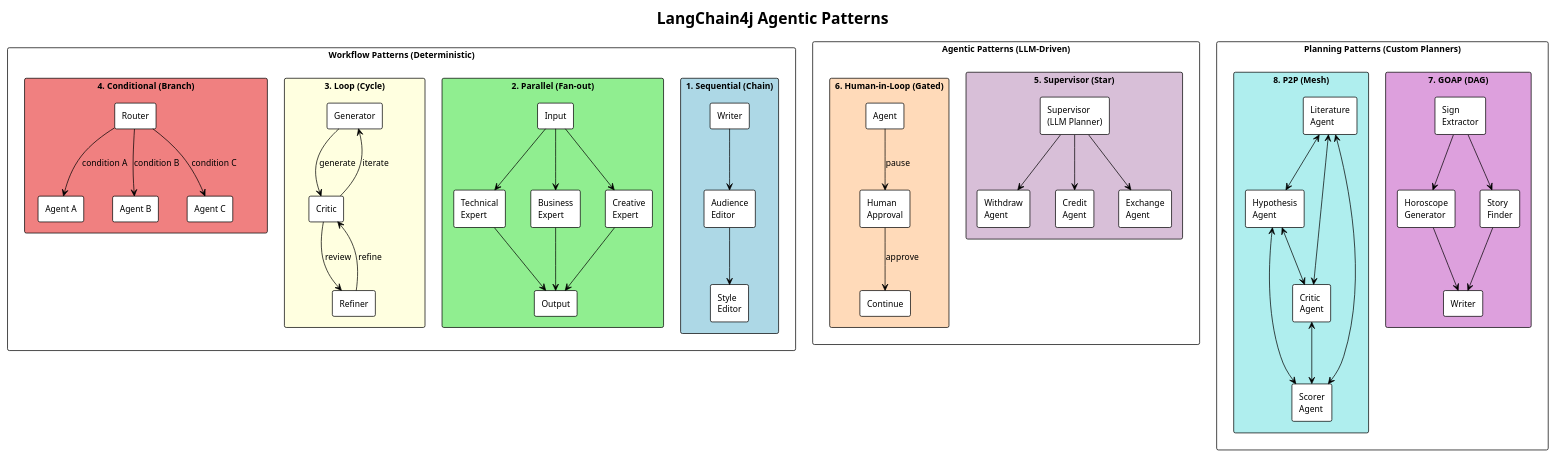
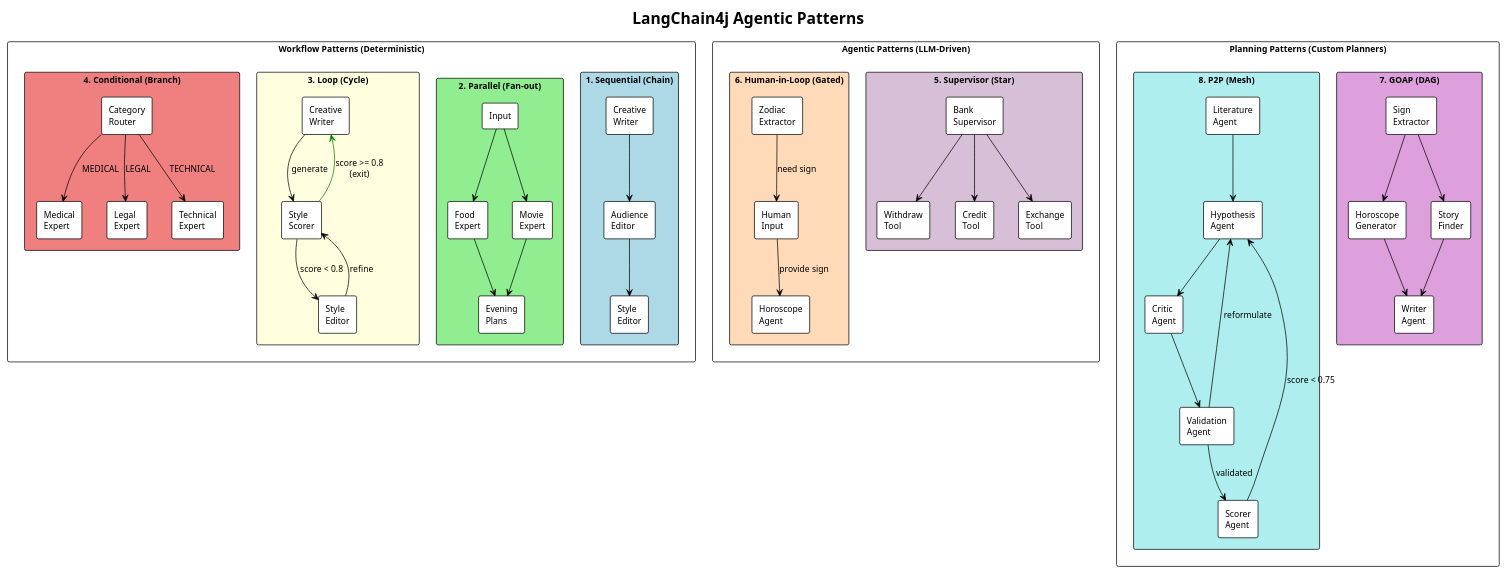
One commit to roryp/matrixagents changed the diagram in docs/patterns.puml. Above: the diagram before and after it, drawn with PlantUML. The commit also changed 5 other files, not shown here.

```diff
--- a/docs/patterns.puml
+++ b/docs/patterns.puml
@@ -1,108 +1,106 @@
 @startuml patterns
 !theme plain
 skinparam backgroundColor #FFFFFF
 skinparam defaultFontSize 12
 skinparam packageStyle rectangle
 
 title LangChain4j Agentic Patterns
 
 ' ==== WORKFLOW PATTERNS ====
 
 package "Workflow Patterns (Deterministic)" {
     
     package "1. Sequential (Chain)" #LightBlue {
-        rectangle "Writer" as seq1
+        rectangle "Creative\nWriter" as seq1
         rectangle "Audience\nEditor" as seq2
         rectangle "Style\nEditor" as seq3
         seq1 --> seq2
         seq2 --> seq3
     }
     
     package "2. Parallel (Fan-out)" #LightGreen {
         rectangle "Input" as par_in
-        rectangle "Technical\nExpert" as par1
-        rectangle "Business\nExpert" as par2
-        rectangle "Creative\nExpert" as par3
-        rectangle "Output" as par_out
+        rectangle "Food\nExpert" as par1
+        rectangle "Movie\nExpert" as par2
+        rectangle "Evening\nPlans" as par_out
         par_in --> par1
         par_in --> par2
-        par_in --> par3
         par1 --> par_out
         par2 --> par_out
-        par3 --> par_out
     }
     
     package "3. Loop (Cycle)" #LightYellow {
-        rectangle "Generator" as loop1
-        rectangle "Critic" as loop2
-        rectangle "Refiner" as loop3
+        rectangle "Creative\nWriter" as loop1
+        rectangle "Style\nScorer" as loop2
+        rectangle "Style\nEditor" as loop3
         loop1 --> loop2 : generate
-        loop2 --> loop3 : review
+        loop2 --> loop3 : score < 0.8
         loop3 --> loop2 : refine
-        loop2 --> loop1 : iterate
+        loop2 -[#green]-> loop1 : score >= 0.8\n(exit)
     }
     
     package "4. Conditional (Branch)" #LightCoral {
-        rectangle "Router" as cond_r
-        rectangle "Agent A" as cond1
-        rectangle "Agent B" as cond2
-        rectangle "Agent C" as cond3
-        cond_r --> cond1 : condition A
-        cond_r --> cond2 : condition B
-        cond_r --> cond3 : condition C
+        rectangle "Category\nRouter" as cond_r
+        rectangle "Medical\nExpert" as cond1
+        rectangle "Legal\nExpert" as cond2
+        rectangle "Technical\nExpert" as cond3
+        cond_r --> cond1 : MEDICAL
+        cond_r --> cond2 : LEGAL
+        cond_r --> cond3 : TECHNICAL
     }
 }
 
 ' ==== AGENTIC PATTERNS ====
 
 package "Agentic Patterns (LLM-Driven)" {
     
     package "5. Supervisor (Star)" #Thistle {
-        rectangle "Supervisor\n(LLM Planner)" as sup
-        rectangle "Withdraw\nAgent" as sup1
-        rectangle "Credit\nAgent" as sup2
-        rectangle "Exchange\nAgent" as sup3
+        rectangle "Bank\nSupervisor" as sup
+        rectangle "Withdraw\nTool" as sup1
+        rectangle "Credit\nTool" as sup2
+        rectangle "Exchange\nTool" as sup3
         sup --> sup1
         sup --> sup2
         sup --> sup3
     }
     
     package "6. Human-in-Loop (Gated)" #PeachPuff {
-        rectangle "Agent" as hil1
-        rectangle "Human\nApproval" as hil_h
-        rectangle "Continue" as hil2
-        hil1 --> hil_h : pause
-        hil_h --> hil2 : approve
+        rectangle "Zodiac\nExtractor" as hil1
+        rectangle "Human\nInput" as hil_h
+        rectangle "Horoscope\nAgent" as hil2
+        hil1 --> hil_h : need sign
+        hil_h --> hil2 : provide sign
     }
 }
 
 ' ==== PLANNING PATTERNS ====
 
 package "Planning Patterns (Custom Planners)" {
     
     package "7. GOAP (DAG)" #Plum {
         rectangle "Sign\nExtractor" as goap1
         rectangle "Horoscope\nGenerator" as goap2
         rectangle "Story\nFinder" as goap3
-        rectangle "Writer" as goap4
+        rectangle "Writer\nAgent" as goap4
         goap1 --> goap2
         goap1 --> goap3
         goap2 --> goap4
         goap3 --> goap4
     }
     
     package "8. P2P (Mesh)" #PaleTurquoise {
         rectangle "Literature\nAgent" as p2p1
         rectangle "Hypothesis\nAgent" as p2p2
         rectangle "Critic\nAgent" as p2p3
-        rectangle "Scorer\nAgent" as p2p4
-        p2p1 <--> p2p2
-        p2p2 <--> p2p3
-        p2p3 <--> p2p4
-        p2p4 <--> p2p1
-        p2p1 <--> p2p3
-        p2p2 <--> p2p4
+        rectangle "Validation\nAgent" as p2p4
+        rectangle "Scorer\nAgent" as p2p5
+        p2p1 --> p2p2
+        p2p2 --> p2p3
+        p2p3 --> p2p4
+        p2p4 --> p2p2 : reformulate
+        p2p4 --> p2p5 : validated
+        p2p5 --> p2p2 : score < 0.75
     }
 }
 
 @enduml
```
